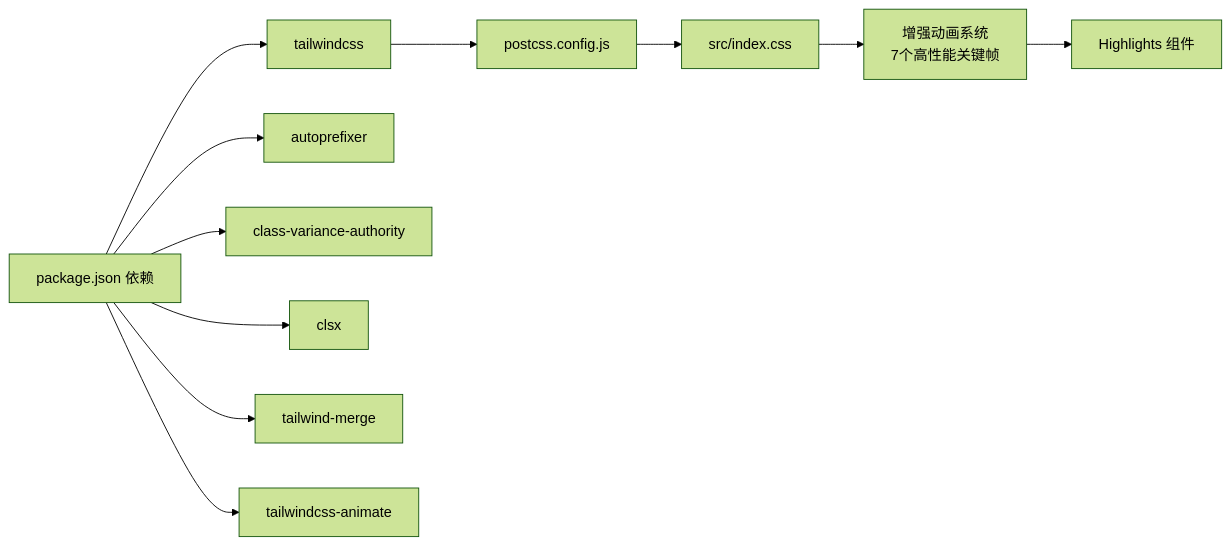
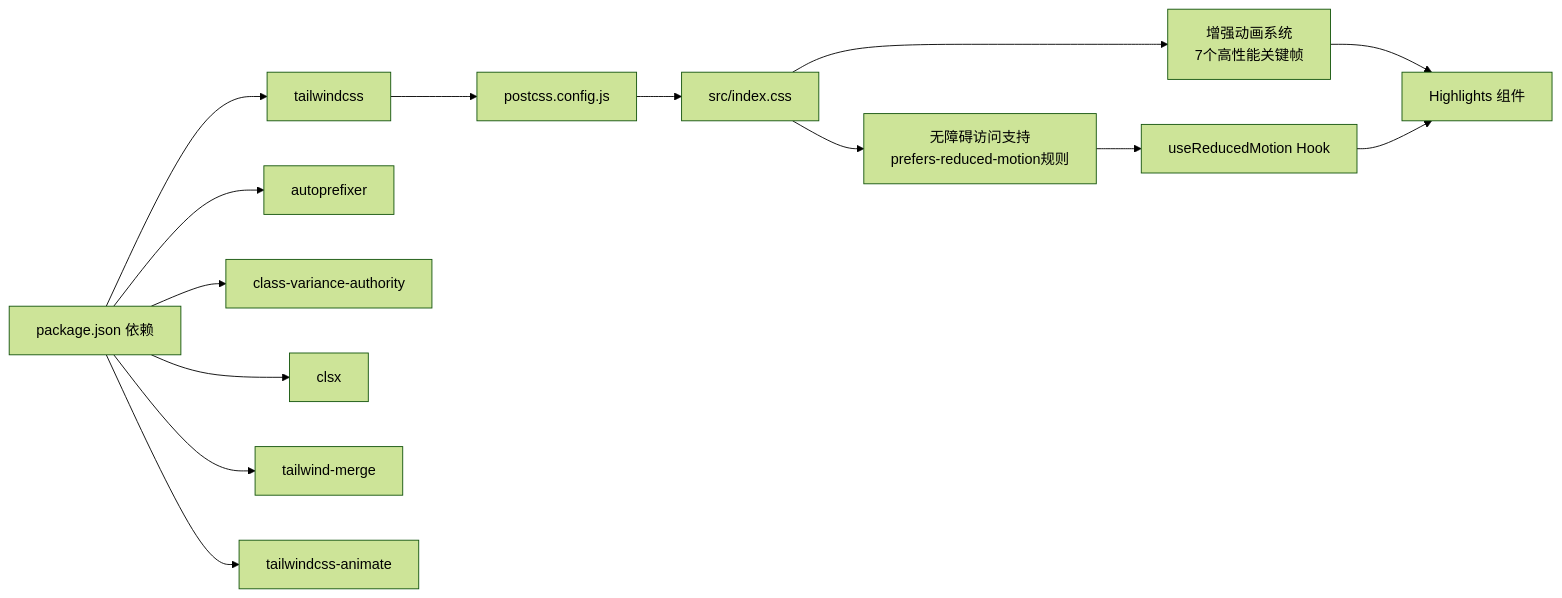
Before and after one commit to Primoguo/naolizhi.cn: the fourth of 4 diagrams in .qoder/repowiki/zh/content/样式系统.md, drawn with Mermaid (forest theme). The commit also changed other lines of this file and 73 other files, not shown here.

````diff
--- a/.qoder/repowiki/zh/content/样式系统.md
+++ b/.qoder/repowiki/zh/content/样式系统.md
@@ -384,13 +432,16 @@
 ```mermaid
 graph LR
 Pkg["package.json 依赖"] --> TW["tailwindcss"]
 Pkg --> AP["autoprefixer"]
 Pkg --> CV["class-variance-authority"]
 Pkg --> CLS["clsx"]
 Pkg --> TM["tailwind-merge"]
 Pkg --> TA["tailwindcss-animate"]
 TW --> PC["postcss.config.js"]
 PC --> IN["src/index.css"]
 IN --> EA["增强动画系统<br/>7个高性能关键帧"]
 EA --> HL["Highlights 组件"]
+IN --> AR["无障碍访问支持<br/>prefers-reduced-motion规则"]
+AR --> UR["useReducedMotion Hook"]
+UR --> HL
 ```
````
